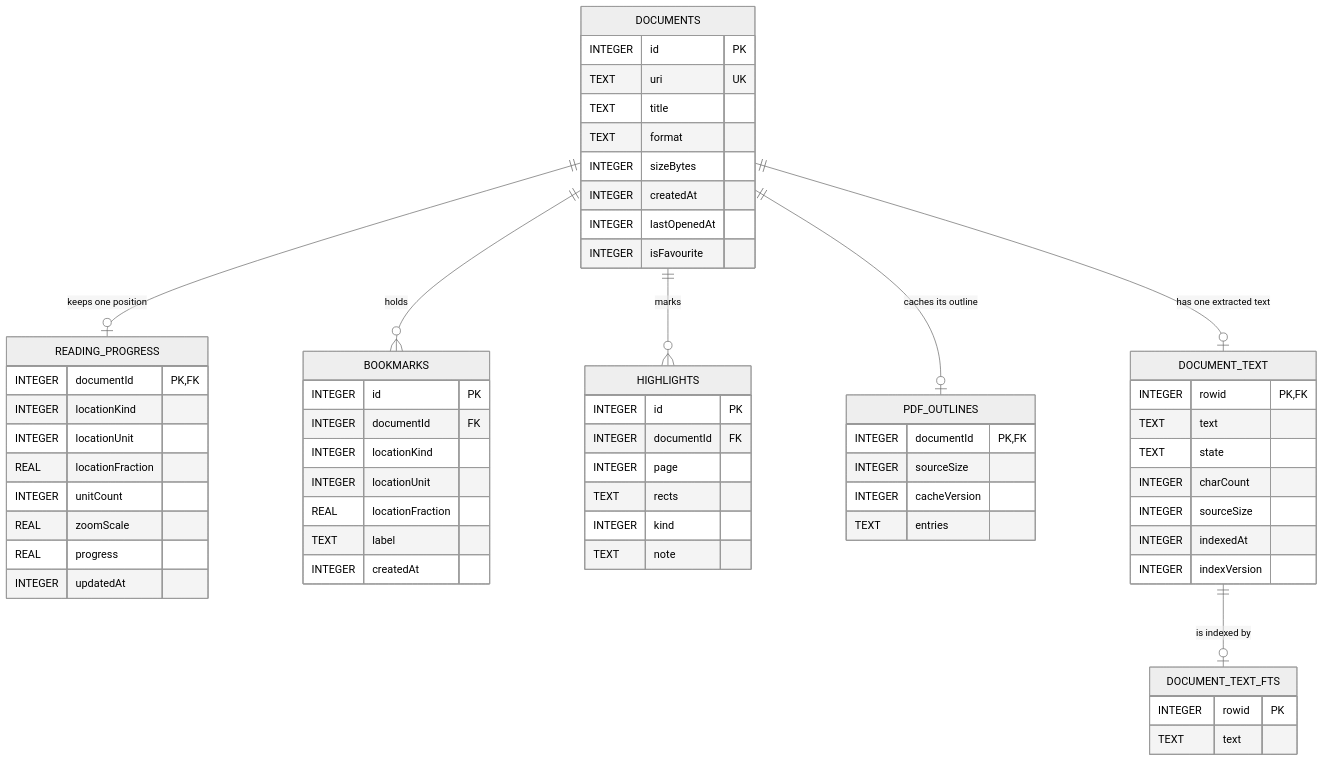
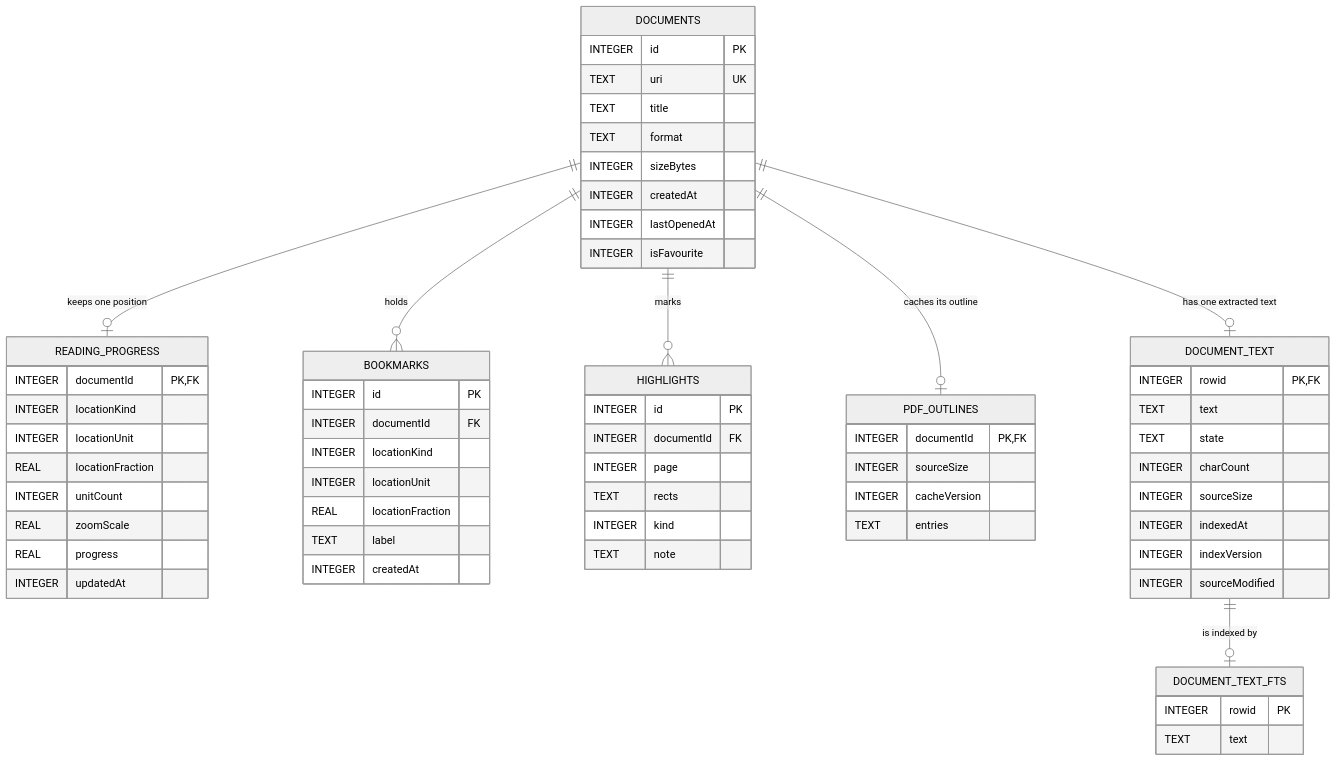
The second of 2 diagrams in README.md (Pixelrick420/Papyrus), drawn with Mermaid (neutral theme) before and after one commit. The commit also changed other lines of this file and 31 other files, not shown here.

````diff
--- a/README.md
+++ b/README.md
@@ -315,72 +325,73 @@
 ```mermaid
 erDiagram
     DOCUMENTS ||--o| READING_PROGRESS : "keeps one position"
     DOCUMENTS ||--o{ BOOKMARKS : "holds"
     DOCUMENTS ||--o{ HIGHLIGHTS : "marks"
     DOCUMENTS ||--o| PDF_OUTLINES : "caches its outline"
     DOCUMENTS ||--o| DOCUMENT_TEXT : "has one extracted text"
     DOCUMENT_TEXT ||--o| DOCUMENT_TEXT_FTS : "is indexed by"
 
     DOCUMENTS {
         INTEGER id PK
         TEXT uri UK
         TEXT title
         TEXT format
         INTEGER sizeBytes
         INTEGER createdAt
         INTEGER lastOpenedAt
         INTEGER isFavourite
     }
 
     READING_PROGRESS {
         INTEGER documentId PK, FK
         INTEGER locationKind
         INTEGER locationUnit
         REAL locationFraction
         INTEGER unitCount
         REAL zoomScale
         REAL progress
         INTEGER updatedAt
     }
 
     BOOKMARKS {
         INTEGER id PK
         INTEGER documentId FK
         INTEGER locationKind
         INTEGER locationUnit
         REAL locationFraction
         TEXT label
         INTEGER createdAt
     }
 
     HIGHLIGHTS {
         INTEGER id PK
         INTEGER documentId FK
         INTEGER page
         TEXT rects
         INTEGER kind
         TEXT note
     }
 
     PDF_OUTLINES {
         INTEGER documentId PK, FK
         INTEGER sourceSize
         INTEGER cacheVersion
         TEXT entries
     }
 
     DOCUMENT_TEXT {
         INTEGER rowid PK, FK
         TEXT text
         TEXT state
         INTEGER charCount
         INTEGER sourceSize
         INTEGER indexedAt
         INTEGER indexVersion
+        INTEGER sourceModified
     }
 
     DOCUMENT_TEXT_FTS {
         INTEGER rowid PK
         TEXT text
     }
 ```
````
